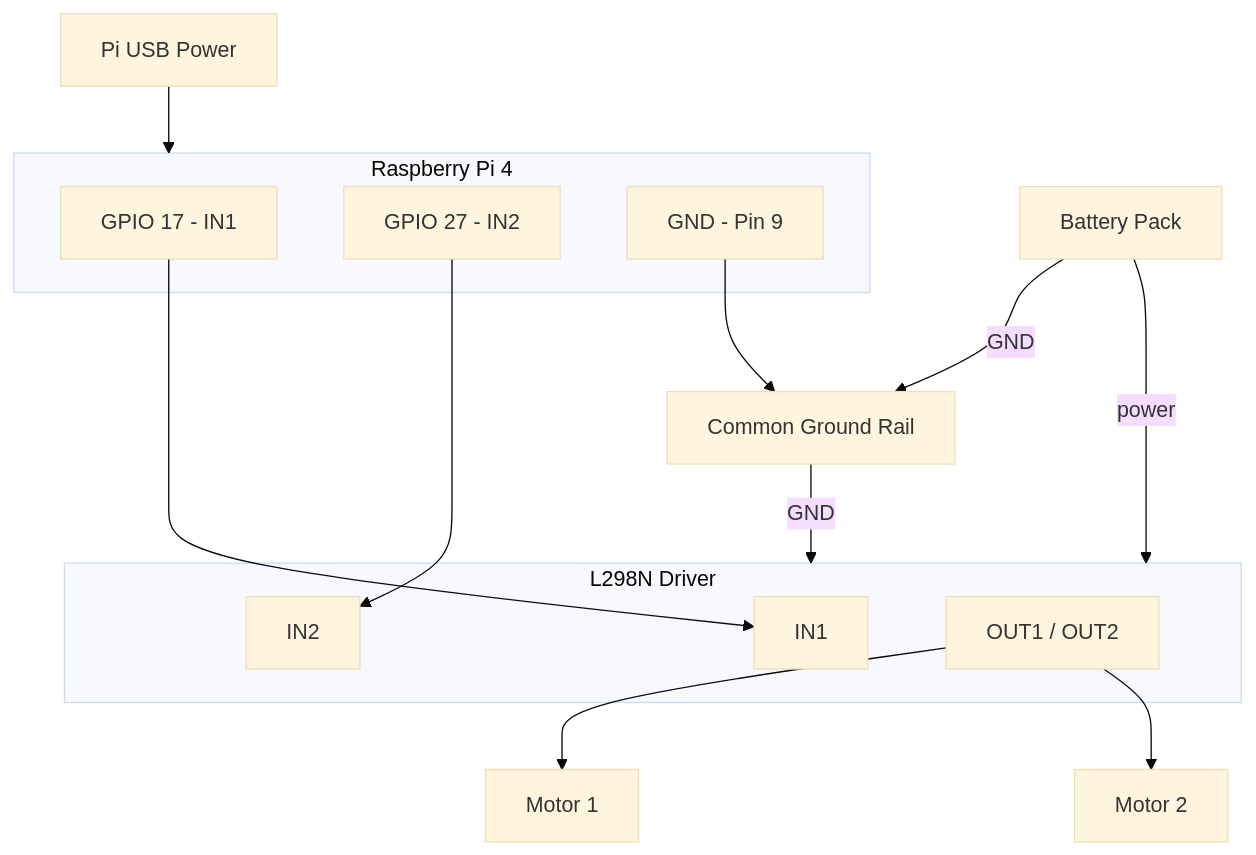
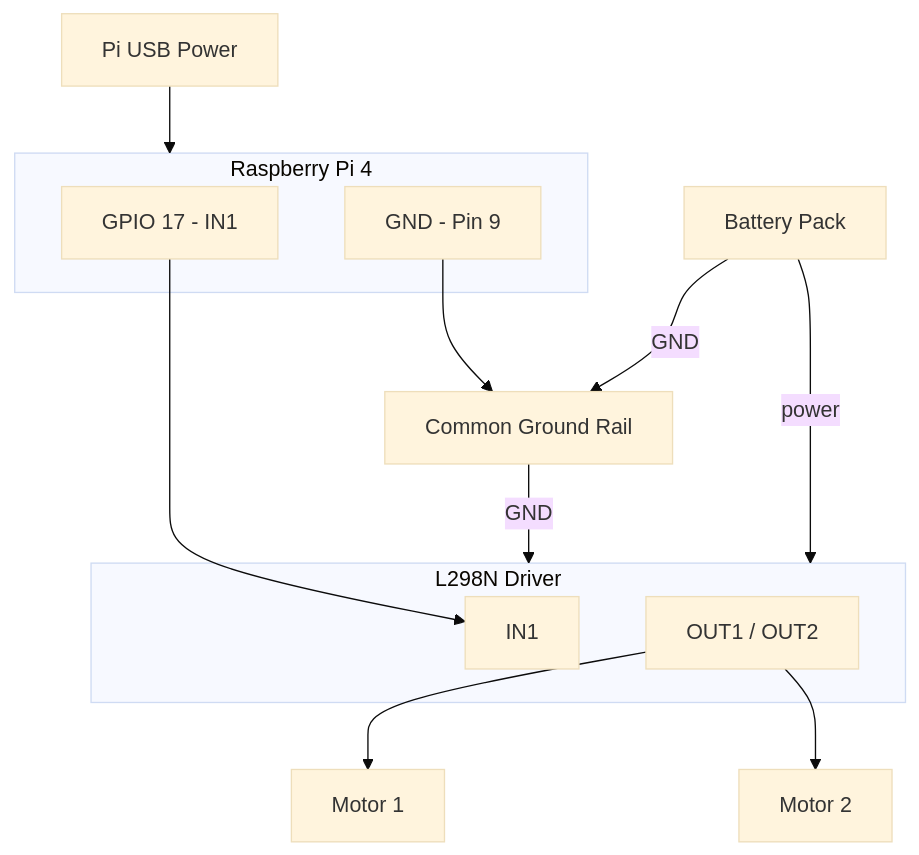
The diagram in 2_two_motors/diagram.md (rbarman/rc-car), drawn with Mermaid (base theme) before and after one commit. The commit also changed other lines of this file and 2 other files, not shown here.

````diff
--- a/2_two_motors/diagram.md
+++ b/2_two_motors/diagram.md
@@ -1,27 +1,24 @@
 ```mermaid
 graph TD
     PiPower[Pi USB Power] --> Pi
     Batt[Battery Pack] -->|power| D1
     Batt -->|GND| GND_Bus[Common Ground Rail]
 
     subgraph Pi [Raspberry Pi 4]
         GPIO17[GPIO 17 - IN1]
-        GPIO27[GPIO 27 - IN2]
         PiGND[GND - Pin 9]
     end
 
     PiGND --> GND_Bus
     GND_Bus -->|GND| D1
 
     subgraph D1 [L298N Driver]
         IN1[IN1]
-        IN2[IN2]
         OUT[OUT1 / OUT2]
     end
 
     GPIO17 --> IN1
-    GPIO27 --> IN2
 
     OUT --> M1[Motor 1]
     OUT --> M2[Motor 2]
 ```
````
